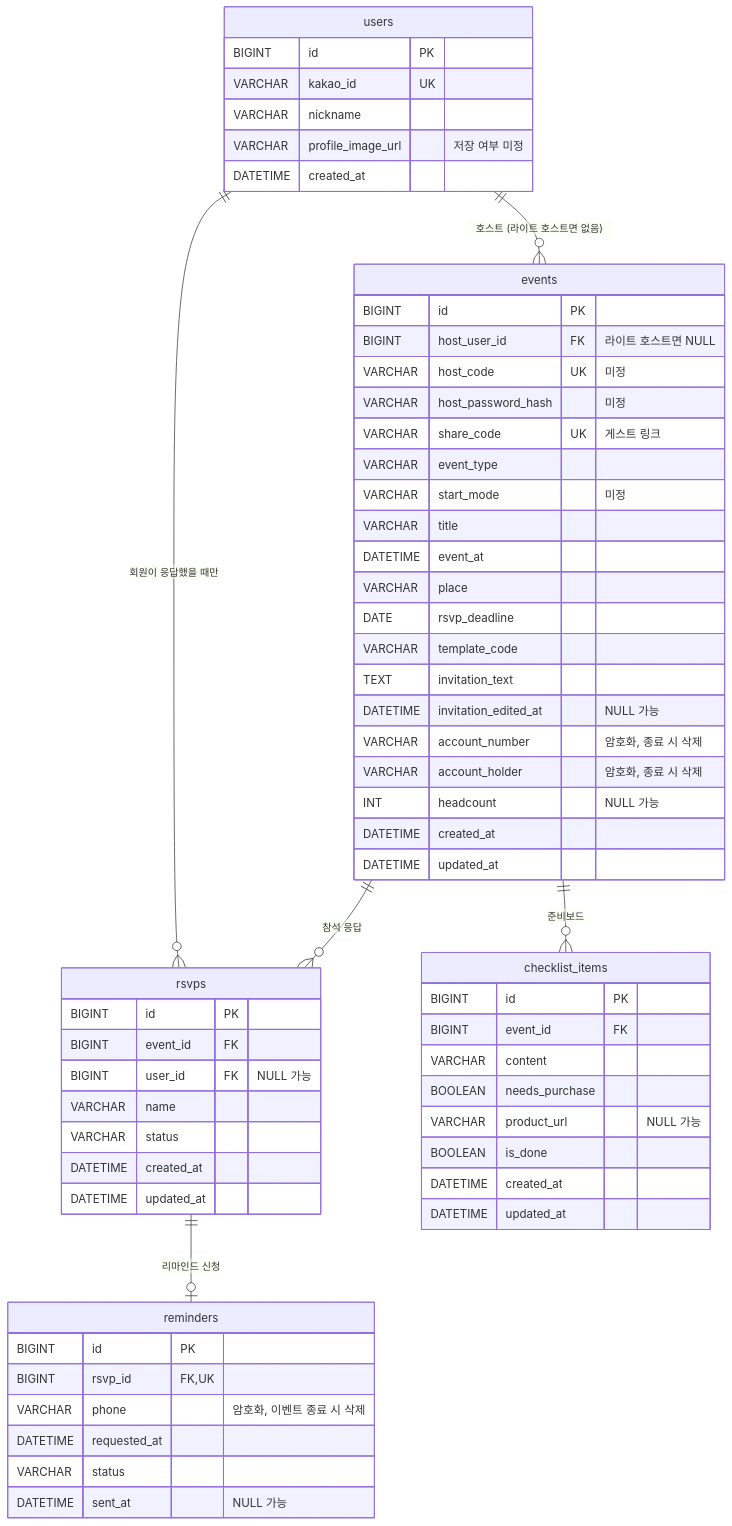
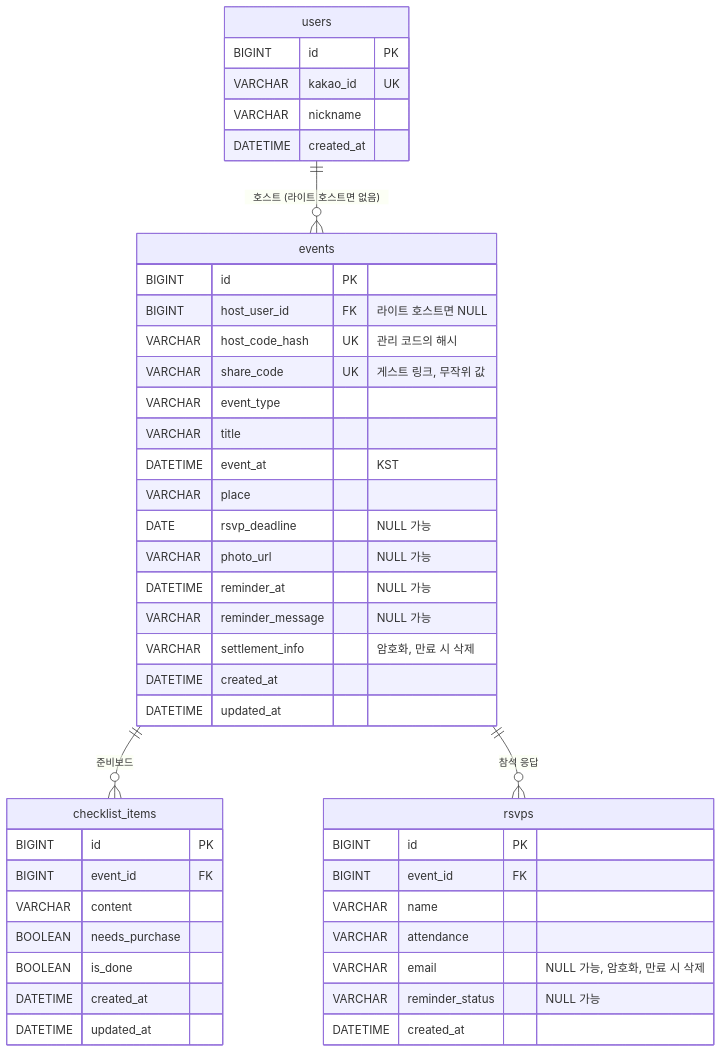
Before and after one commit to SWYP-16-WEB/SWYP-INVITE-BE: the diagram in docs/backend.md, drawn with Mermaid. The commit also changed other lines of this file, not shown here.

````diff
--- a/docs/backend.md
+++ b/docs/backend.md
@@ -183,64 +174,48 @@
 ```mermaid
 erDiagram
     users ||--o{ events : "호스트 (라이트 호스트면 없음)"
-    users ||--o{ rsvps : "회원이 응답했을 때만"
     events ||--o{ checklist_items : "준비보드"
     events ||--o{ rsvps : "참석 응답"
-    rsvps ||--o| reminders : "리마인드 신청"
 
     users {
         BIGINT id PK
         VARCHAR kakao_id UK
         VARCHAR nickname
-        VARCHAR profile_image_url "저장 여부 미정"
         DATETIME created_at
     }
     events {
         BIGINT id PK
         BIGINT host_user_id FK "라이트 호스트면 NULL"
-        VARCHAR host_code UK "미정"
-        VARCHAR host_password_hash "미정"
-        VARCHAR share_code UK "게스트 링크"
+        VARCHAR host_code_hash UK "관리 코드의 해시"
+        VARCHAR share_code UK "게스트 링크, 무작위 값"
         VARCHAR event_type
-        VARCHAR start_mode "미정"
         VARCHAR title
-        DATETIME event_at
+        DATETIME event_at "KST"
         VARCHAR place
-        DATE rsvp_deadline
-        VARCHAR template_code
-        TEXT invitation_text
-        DATETIME invitation_edited_at "NULL 가능"
-        VARCHAR account_number "암호화, 종료 시 삭제"
-        VARCHAR account_holder "암호화, 종료 시 삭제"
-        INT headcount "NULL 가능"
+        DATE rsvp_deadline "NULL 가능"
+        VARCHAR photo_url "NULL 가능"
+        DATETIME reminder_at "NULL 가능"
+        VARCHAR reminder_message "NULL 가능"
+        VARCHAR settlement_info "암호화, 만료 시 삭제"
         DATETIME created_at
         DATETIME updated_at
     }
     checklist_items {
         BIGINT id PK
         BIGINT event_id FK
         VARCHAR content
         BOOLEAN needs_purchase
-        VARCHAR product_url "NULL 가능"
         BOOLEAN is_done
         DATETIME created_at
         DATETIME updated_at
     }
     rsvps {
         BIGINT id PK
         BIGINT event_id FK
-        BIGINT user_id FK "NULL 가능"
         VARCHAR name
-        VARCHAR status
+        VARCHAR attendance
+        VARCHAR email "NULL 가능, 암호화, 만료 시 삭제"
+        VARCHAR reminder_status "NULL 가능"
         DATETIME created_at
-        DATETIME updated_at
-    }
-    reminders {
-        BIGINT id PK
-        BIGINT rsvp_id FK, UK
-        VARCHAR phone "암호화, 이벤트 종료 시 삭제"
-        DATETIME requested_at
-        VARCHAR status
-        DATETIME sent_at "NULL 가능"
     }
 ```
````
